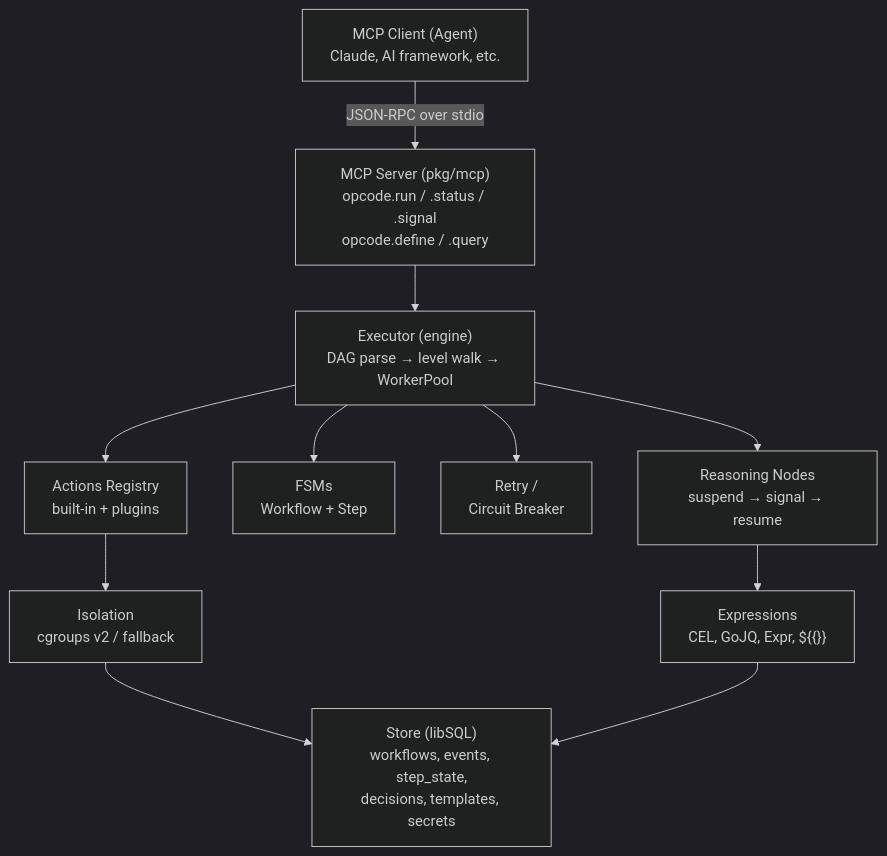
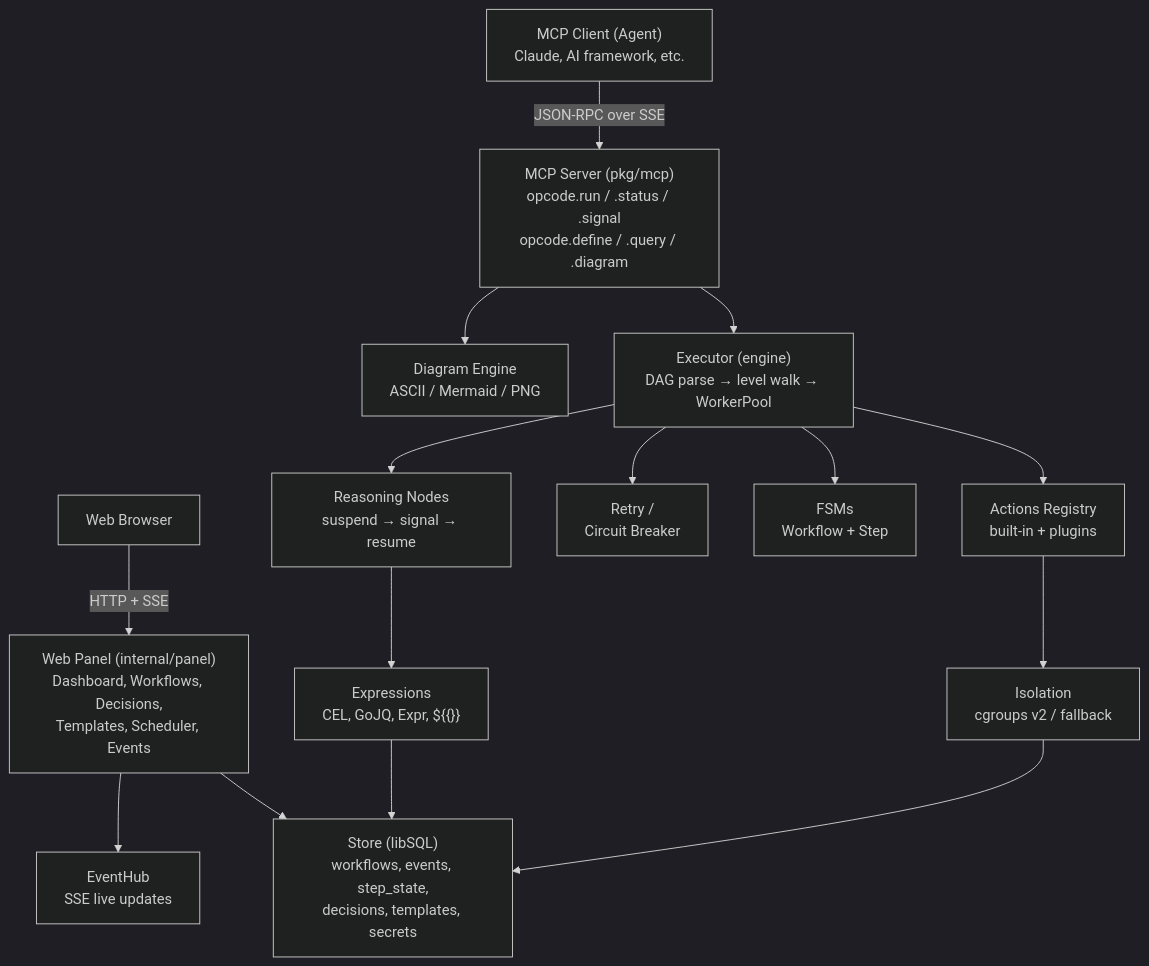
Before and after one commit to rendis/opcode: the first of 6 diagrams in README.md, drawn with Mermaid (dark theme). The commit also changed other lines of this file and 6 other files, not shown here.

````diff
--- a/README.md
+++ b/README.md
@@ -278,24 +293,32 @@
 ```mermaid
 graph TB
     Agent["MCP Client (Agent)<br/>Claude, AI framework, etc."]
-    MCP["MCP Server (pkg/mcp)<br/>opcode.run / .status / .signal<br/>opcode.define / .query"]
+    Browser["Web Browser"]
+    MCP["MCP Server (pkg/mcp)<br/>opcode.run / .status / .signal<br/>opcode.define / .query / .diagram"]
+    Panel["Web Panel (internal/panel)<br/>Dashboard, Workflows, Decisions,<br/>Templates, Scheduler, Events"]
+    Diagram["Diagram Engine<br/>ASCII / Mermaid / PNG"]
     Exec["Executor (engine)<br/>DAG parse → level walk → WorkerPool"]
     Actions["Actions Registry<br/>built-in + plugins"]
     FSMs["FSMs<br/>Workflow + Step"]
     Retry["Retry /<br/>Circuit Breaker"]
     Reasoning["Reasoning Nodes<br/>suspend → signal → resume"]
     Isolation["Isolation<br/>cgroups v2 / fallback"]
     Expressions["Expressions<br/>CEL, GoJQ, Expr, ${{}}"]
     Store["Store (libSQL)<br/>workflows, events, step_state,<br/>decisions, templates, secrets"]
+    Hub["EventHub<br/>SSE live updates"]
 
-    Agent -->|"JSON-RPC over stdio"| MCP
+    Agent -->|"JSON-RPC over SSE"| MCP
+    Browser -->|"HTTP + SSE"| Panel
     MCP --> Exec
+    MCP --> Diagram
+    Panel --> Store
+    Panel --> Hub
     Exec --> Actions
     Exec --> FSMs
     Exec --> Retry
     Exec --> Reasoning
     Actions --> Isolation
     Reasoning --> Expressions
     Isolation --> Store
     Expressions --> Store
 ```
````
